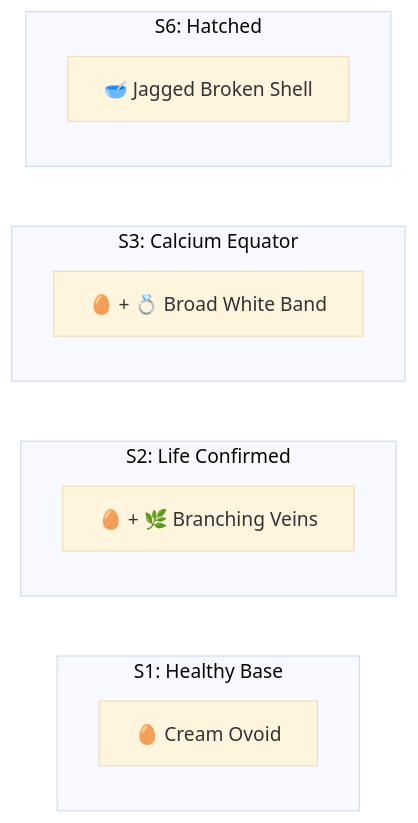
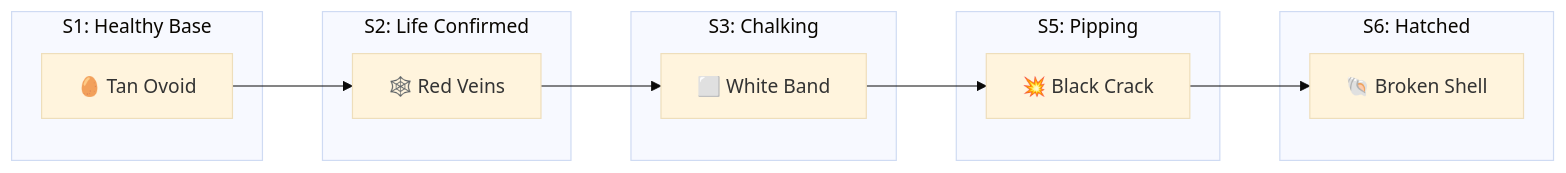
Before and after one commit to khowland/turtle-egg-incubator-vault: the third of 3 diagrams in docs/user/OPERATOR_MANUAL.md, drawn with Mermaid (base theme). The commit also changed other lines of this file and 2 other files, not shown here.

````diff
--- a/docs/user/OPERATOR_MANUAL.md
+++ b/docs/user/OPERATOR_MANUAL.md
@@ -70,15 +103,20 @@
 ```mermaid
 graph LR
     subgraph "S1: Healthy Base"
-    E1["🥚 Cream Ovoid"]
+    E1["🥚 Tan Ovoid"]
     end
     subgraph "S2: Life Confirmed"
-    E2["🥚 + 🌿 Branching Veins"]
+    E2["🕸️ Red Veins"]
     end
-    subgraph "S3: Calcium Equator"
-    E3["🥚 + 💍 Broad White Band"]
+    subgraph "S3: Chalking"
+    E3["⬜ White Band"]
+    end
+    subgraph "S5: Pipping"
+    E5["💥 Black Crack"]
     end
     subgraph "S6: Hatched"
-    E4["🥣 Jagged Broken Shell"]
+    E6["🐚 Broken Shell"]
     end
+
+    E1 --> E2 --> E3 --> E5 --> E6
 ```
````
